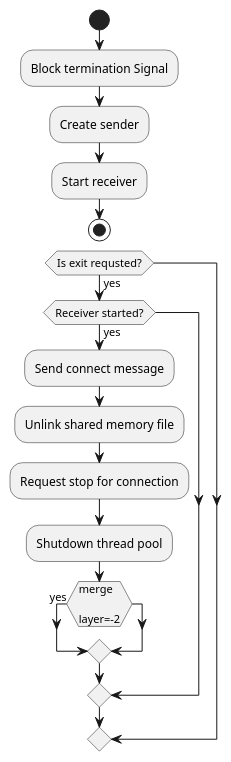
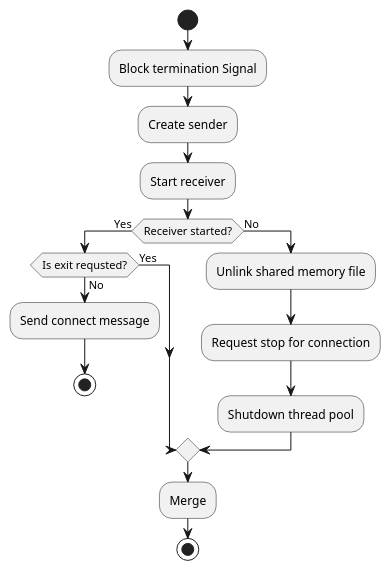
One commit to eclipse-score/inc_mw_log changed the diagram in design/datarouter_message_client_impl_connecttodatarouter.puml. Above: the diagram before and after it, drawn with PlantUML. The commit also changed 8 other files, not shown here.

Commit message:
Fixing some diagrams

```diff
--- a/design/datarouter_message_client_impl_connecttodatarouter.puml
+++ b/design/datarouter_message_client_impl_connecttodatarouter.puml
@@ -1,16 +1,19 @@
 @startuml
 start
 :Block termination Signal;
 :Create sender;
 :Start receiver;
+if (Receiver started?) then (Yes)
+    if (Is exit requsted?) then (No)
+    :Send connect message;
+    stop
+    else (Yes)
+    endif
+else (No)
+    :Unlink shared memory file;
+    :Request stop for connection;
+    :Shutdown thread pool;
+endif
+:Merge;
 stop
-if (Is exit requsted?) then (yes)
-if (Receiver started?) then (yes)
-:Send connect message;
-:Unlink shared memory file;
-:Request stop for connection;
-:Shutdown thread pool;
-if (merge
-
-layer=-2) then (yes)
 @enduml
```
